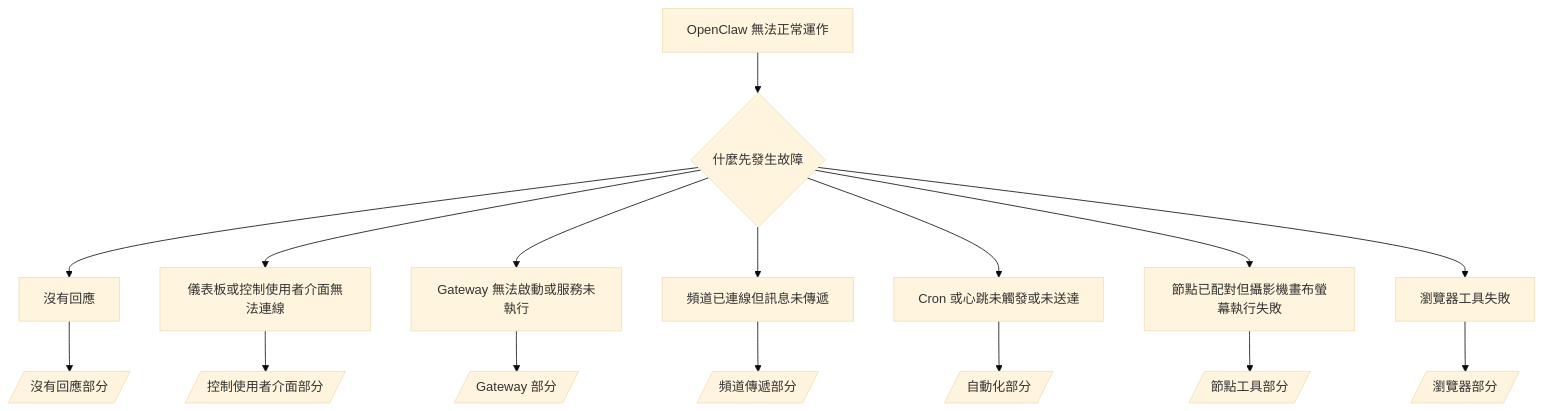
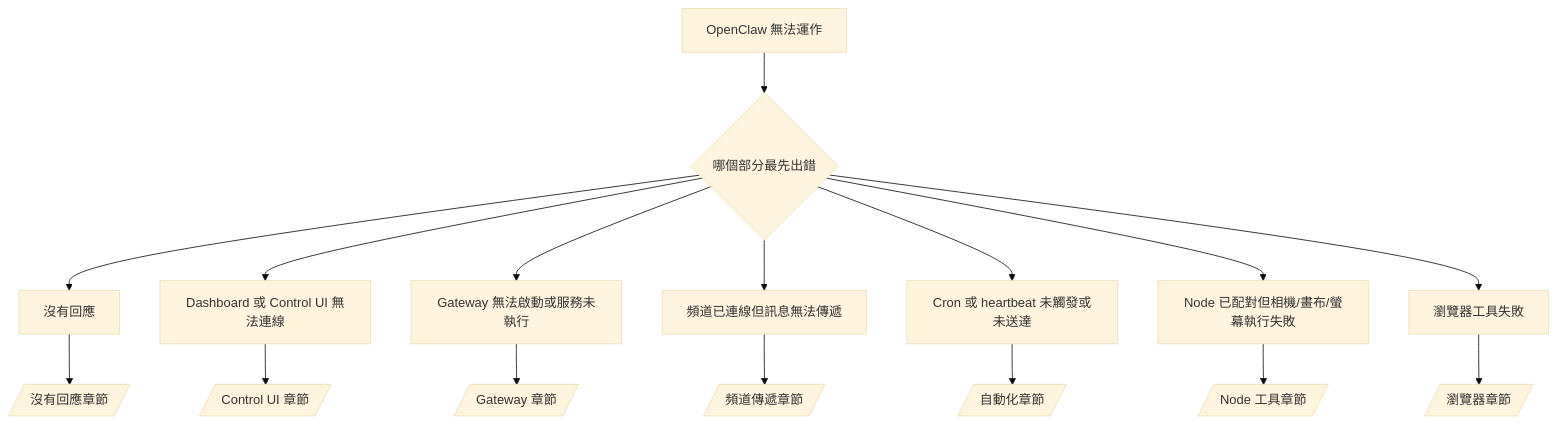
The diagram in docs/zh-TW/help/troubleshooting.md (openclaw/openclaw), drawn with Mermaid (base theme) before and after one commit. The commit also changed other lines of this file and 321 other files, not shown here.

````diff
--- a/docs/zh-TW/help/troubleshooting.md
+++ b/docs/zh-TW/help/troubleshooting.md
@@ -39,19 +39,19 @@
 ```mermaid
 flowchart TD
-  A[OpenClaw 無法正常運作] --> B{什麼先發生故障}
+  A[OpenClaw 無法運作] --> B{哪個部分最先出錯}
   B --> C[沒有回應]
-  B --> D[儀表板或控制使用者介面無法連線]
+  B --> D[Dashboard 或 Control UI 無法連線]
   B --> E[Gateway 無法啟動或服務未執行]
-  B --> F[頻道已連線但訊息未傳遞]
-  B --> G[Cron 或心跳未觸發或未送達]
-  B --> H[節點已配對但攝影機畫布螢幕執行失敗]
+  B --> F[頻道已連線但訊息無法傳遞]
+  B --> G[Cron 或 heartbeat 未觸發或未送達]
+  B --> H[Node 已配對但相機/畫布/螢幕執行失敗]
   B --> I[瀏覽器工具失敗]
 
-  C --> C1[/沒有回應部分/]
-  D --> D1[/控制使用者介面部分/]
-  E --> E1[/Gateway 部分/]
-  F --> F1[/頻道傳遞部分/]
-  G --> G1[/自動化部分/]
-  H --> H1[/節點工具部分/]
-  I --> I1[/瀏覽器部分/]
+  C --> C1[/沒有回應章節/]
+  D --> D1[/Control UI 章節/]
+  E --> E1[/Gateway 章節/]
+  F --> F1[/頻道傳遞章節/]
+  G --> G1[/自動化章節/]
+  H --> H1[/Node 工具章節/]
+  I --> I1[/瀏覽器章節/]
 ```
````
